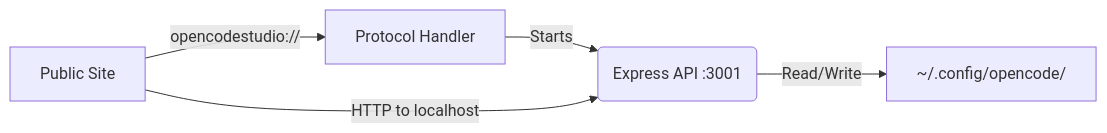
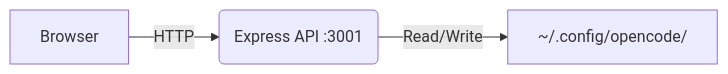
Before and after one commit to Microck/opencode-studio: the diagram in README.md, drawn with Mermaid. The commit also changed other lines of this file and 1 other file, not shown here.

````diff
--- a/README.md
+++ b/README.md
@@ -63,7 +58,5 @@
 ```mermaid
 flowchart LR
-    A[Public Site] -->|opencodestudio://| B[Protocol Handler]
-    B -->|Starts| C(Express API :3001)
-    C -->|Read/Write| D[~/.config/opencode/]
-    A -->|HTTP to localhost| C
+    A[Browser] -->|HTTP| B(Express API :3001)
+    B -->|Read/Write| C[~/.config/opencode/]
 ```
````
